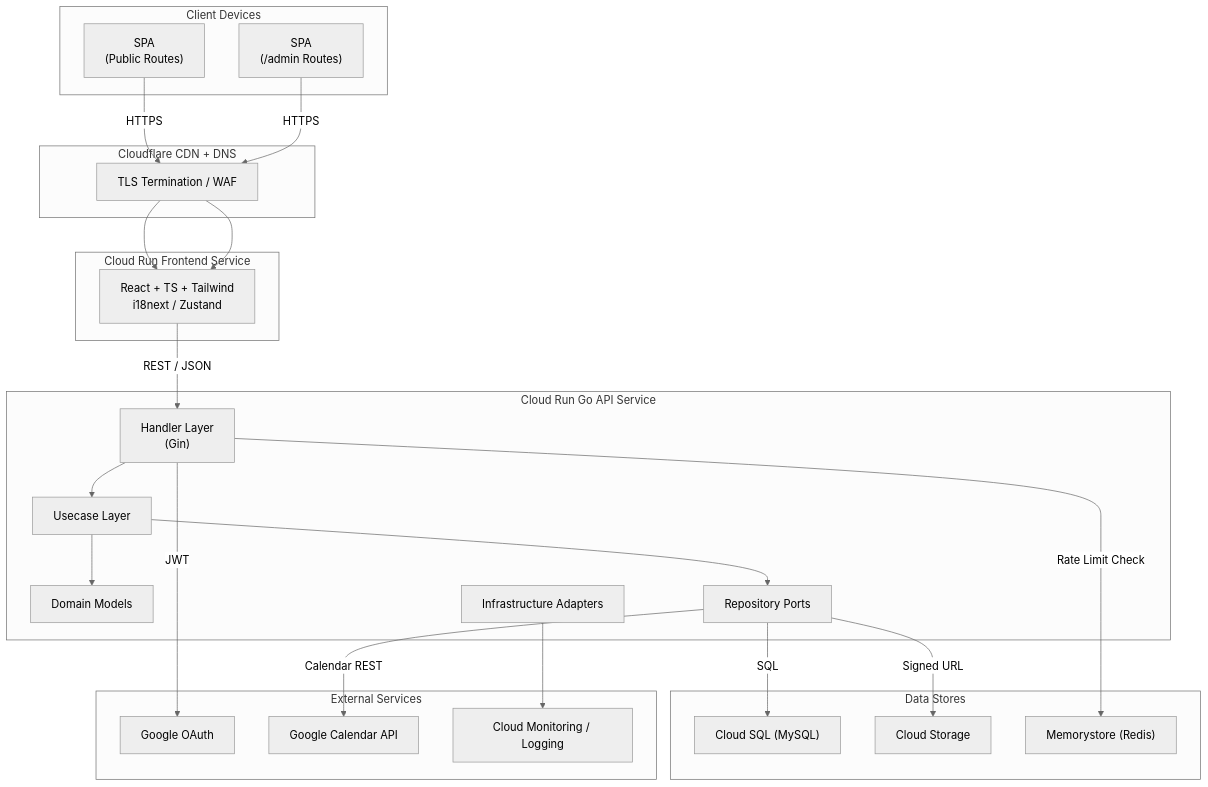
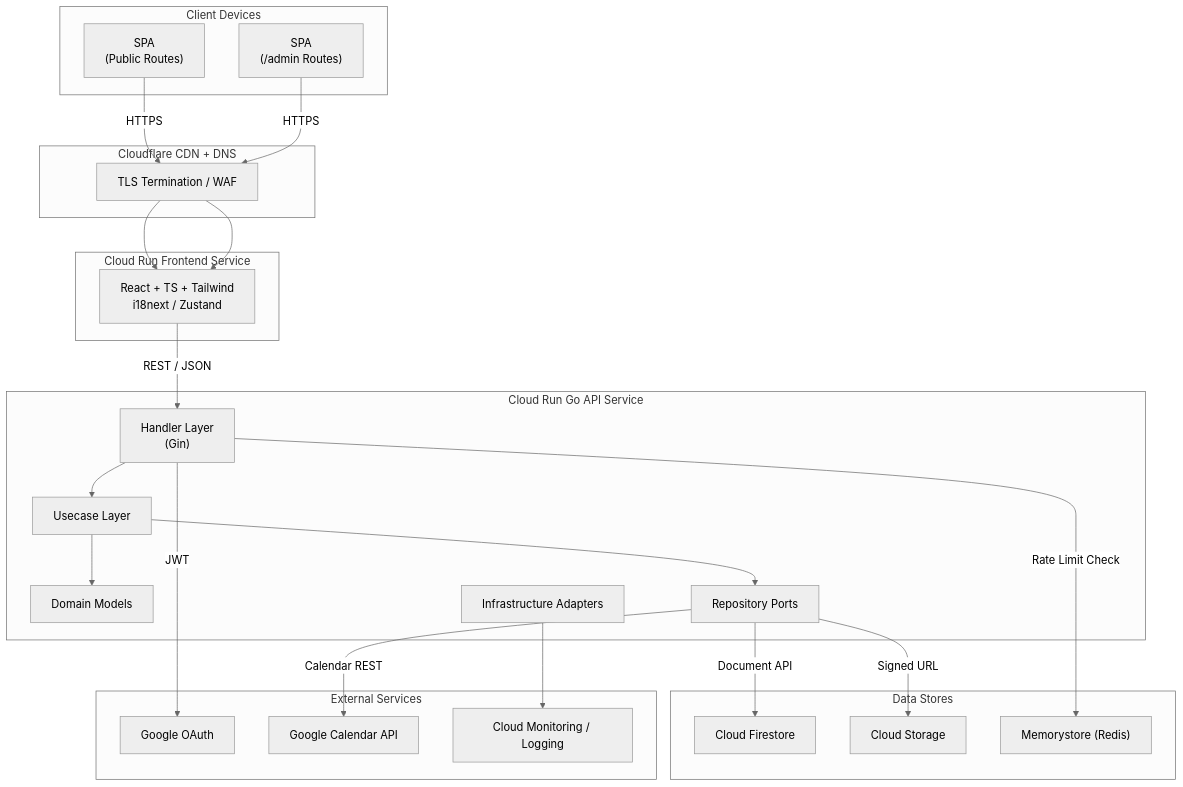
Before and after one commit to ttokunaga-jp/personalWebsite: the first of 3 diagrams in docs/architecture-design.md, drawn with Mermaid (neutral theme). The commit also changed other lines of this file and 43 other files, not shown here.

````diff
--- a/docs/architecture-design.md
+++ b/docs/architecture-design.md
@@ -15,47 +15,47 @@
 ```mermaid
 flowchart TD
     subgraph Client["Client Devices"]
         Browser["SPA<br/>(Public Routes)"]
         Admin["SPA<br/>(/admin Routes)"]
     end
 
     subgraph CDN["Cloudflare CDN + DNS"]
         TLS["TLS Termination / WAF"]
     end
 
     subgraph FE["Cloud Run Frontend Service"]
         React["React + TS + Tailwind<br/>i18next / Zustand"]
     end
 
     subgraph API["Cloud Run Go API Service"]
         Handler["Handler Layer<br/>(Gin)"]
         Usecase["Usecase Layer"]
         Domain["Domain Models"]
         Repo["Repository Ports"]
         Infra["Infrastructure Adapters"]
     end
 
     subgraph Data["Data Stores"]
-        MySQL["Cloud SQL (MySQL)"]
+        Firestore["Cloud Firestore"]
         Storage["Cloud Storage"]
         Cache["Memorystore (Redis)"]
     end
 
     subgraph External["External Services"]
         GoogleOAuth["Google OAuth"]
         GoogleCalendar["Google Calendar API"]
         Monitoring["Cloud Monitoring / Logging"]
     end
 
     Browser -->|HTTPS| TLS --> React
     Admin -->|HTTPS| TLS --> React
     React -->|REST / JSON| Handler
     Handler --> Usecase --> Domain
     Usecase --> Repo
-    Repo -->|SQL| MySQL
+    Repo -->|Document API| Firestore
     Repo -->|Signed URL| Storage
     Repo -->|Calendar REST| GoogleCalendar
     Handler -->|JWT| GoogleOAuth
     Handler -->|Rate Limit Check| Cache
     Infra --> Monitoring
 ```
````
